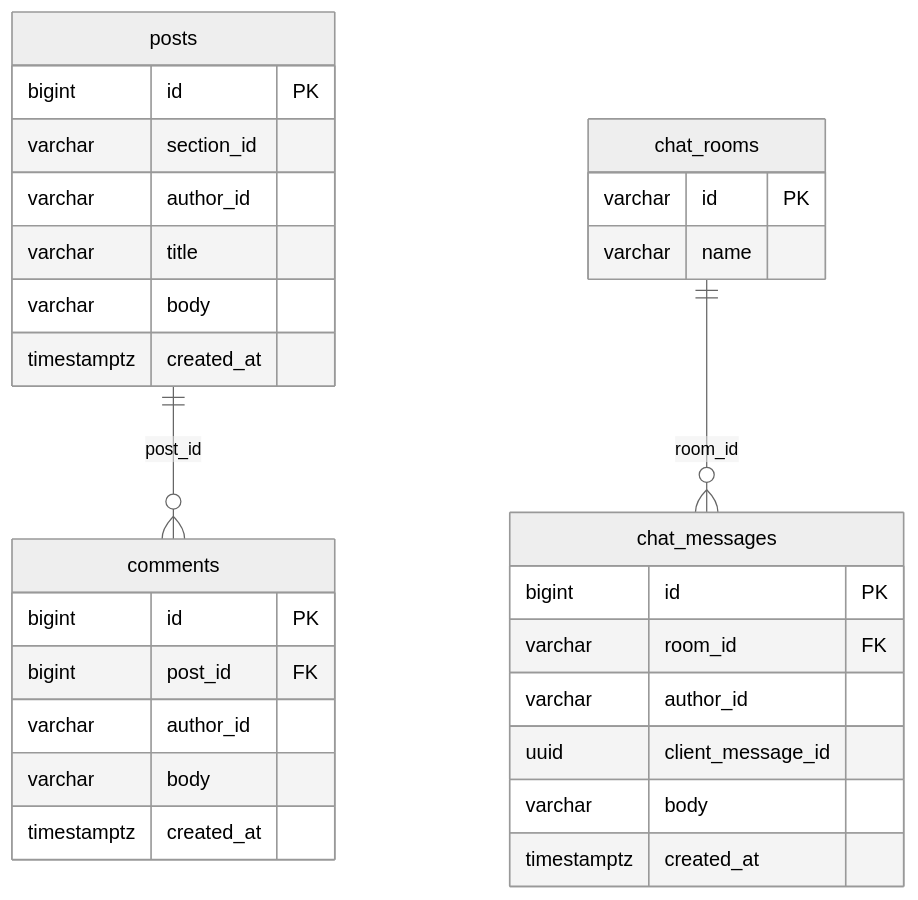
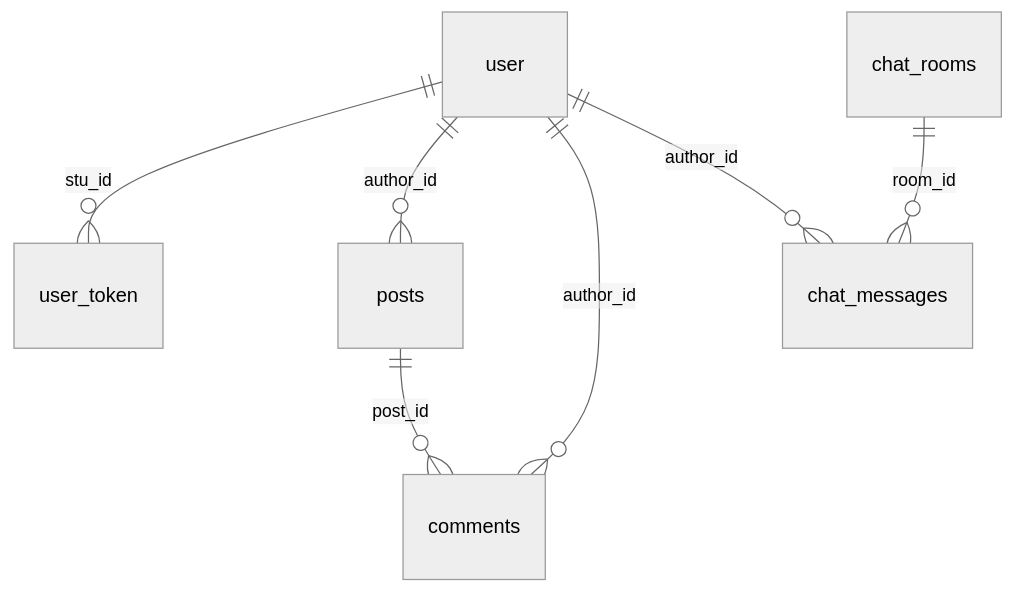
Before and after one commit to haiziyao/XJTU-ApiHub: the diagram in db.md, drawn with Mermaid (neutral theme). The commit also changed other lines of this file and 6 other files, not shown here.

````diff
--- a/db.md
+++ b/db.md
@@ -18,36 +18,9 @@
 ```mermaid
 erDiagram
+    user ||--o{ user_token : "stu_id"
+    user ||--o{ posts : "author_id"
+    user ||--o{ comments : "author_id"
+    user ||--o{ chat_messages : "author_id"
     posts ||--o{ comments : "post_id"
     chat_rooms ||--o{ chat_messages : "room_id"
-
-    posts {
-        bigint id PK
-        varchar section_id
-        varchar author_id
-        varchar title
-        varchar body
-        timestamptz created_at
-    }
-
-    comments {
-        bigint id PK
-        bigint post_id FK
-        varchar author_id
-        varchar body
-        timestamptz created_at
-    }
-
-    chat_rooms {
-        varchar id PK
-        varchar name
-    }
-
-    chat_messages {
-        bigint id PK
-        varchar room_id FK
-        varchar author_id
-        uuid client_message_id
-        varchar body
-        timestamptz created_at
-    }
 ```
````
